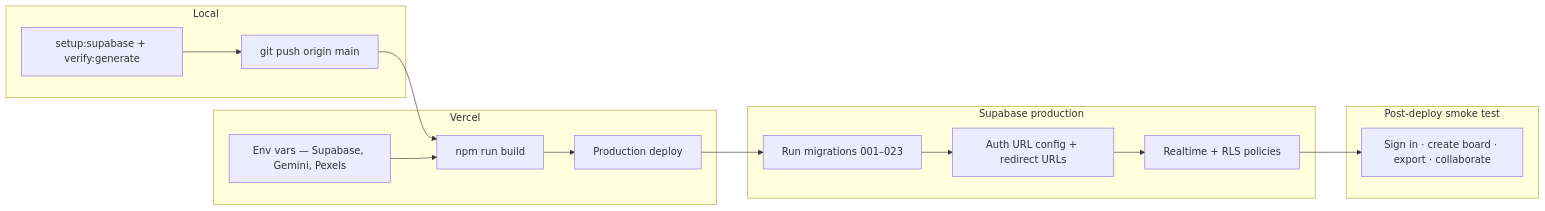
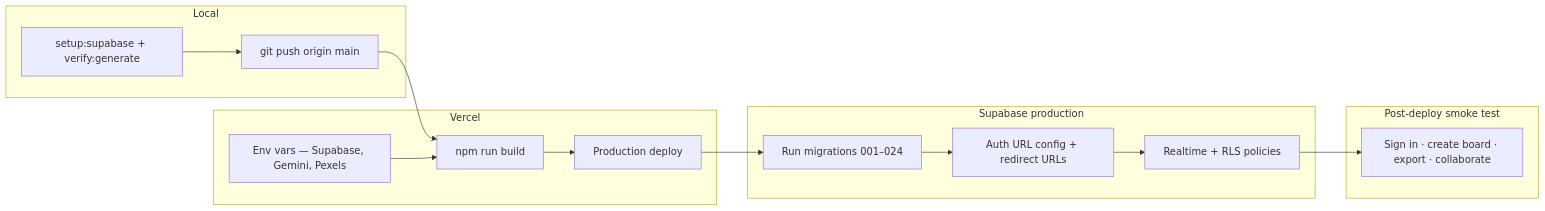
Before and after one commit to NehangPatel23/Moodboard-AI: the diagram in docs/DEPLOY.md, drawn with Mermaid. The commit also changed other lines of this file and 16 other files, not shown here.

````diff
--- a/docs/DEPLOY.md
+++ b/docs/DEPLOY.md
@@ -11,32 +11,32 @@
 ```mermaid
 flowchart LR
   subgraph local ["Local"]
     test["setup:supabase + verify:generate"]
     push["git push origin main"]
   end
 
   subgraph vercel ["Vercel"]
     build["npm run build"]
     env["Env vars — Supabase, Gemini, Pexels"]
     deploy["Production deploy"]
   end
 
   subgraph supabase ["Supabase production"]
-    mig["Run migrations 001–023"]
+    mig["Run migrations 001–024"]
     urls["Auth URL config + redirect URLs"]
     rt["Realtime + RLS policies"]
   end
 
   subgraph verify ["Post-deploy smoke test"]
     smoke["Sign in · create board · export · collaborate"]
   end
 
   test --> push
   push --> build
   env --> build
   build --> deploy
   deploy --> mig
   mig --> urls
   urls --> rt
   rt --> smoke
 ```
````
